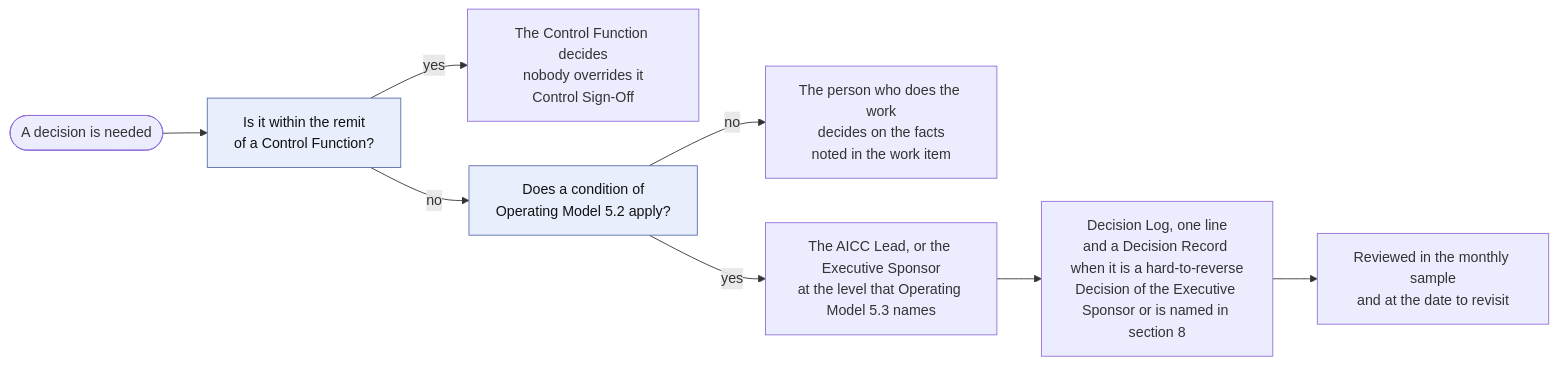
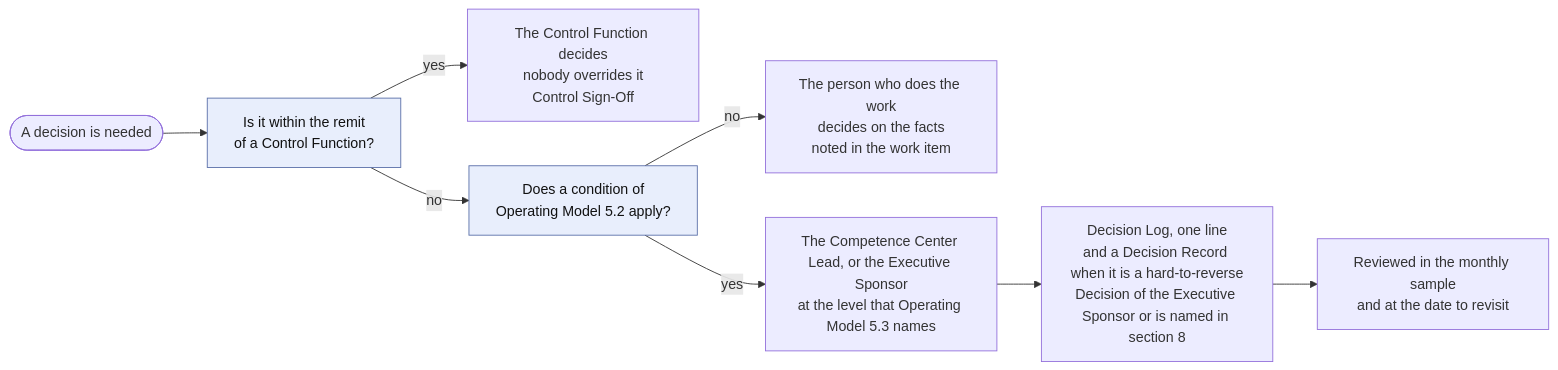
Before and after one commit to devhogu/ob-aicc: the second of 6 diagrams in charter/en/workflows/unit-governance.md, drawn with Mermaid. The commit also changed other lines of this file and 1149 other files, not shown here.

First line of the commit message:
The name Competence Center: AICC stays only as a code (DR-2026-066)

````diff
--- a/charter/en/workflows/unit-governance.md
+++ b/charter/en/workflows/unit-governance.md
@@ -44,12 +44,12 @@
 ```mermaid
 flowchart LR
   DEC(["A decision is needed"]) --> Q1["Is it within the remit<br/>of a Control Function?"]
   Q1 -->|"yes"| CFD["The Control Function decides<br/>nobody overrides it<br/>Control Sign-Off"]
   Q1 -->|"no"| Q2["Does a condition of<br/>Operating Model 5.2 apply?"]
   Q2 -->|"no"| TMD["The person who does the work<br/>decides on the facts<br/>noted in the work item"]
-  Q2 -->|"yes"| LV["The AICC Lead, or the Executive Sponsor<br/>at the level that Operating Model 5.3 names"]
+  Q2 -->|"yes"| LV["The Competence Center Lead, or the Executive Sponsor<br/>at the level that Operating Model 5.3 names"]
   LV --> LOG["Decision Log, one line<br/>and a Decision Record when it is a hard-to-reverse<br/>Decision of the Executive Sponsor or is named in section 8"]
   LOG --> REV["Reviewed in the monthly sample<br/>and at the date to revisit"]
   classDef gate fill:#e8eefc,stroke:#5a6fa8,color:#111
   class Q1,Q2 gate
 ```
````
